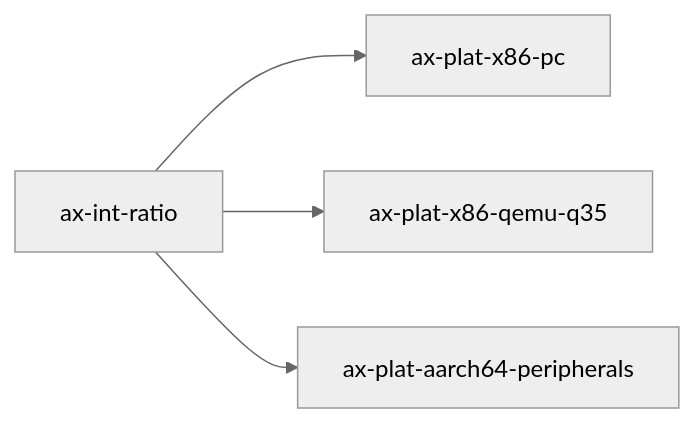
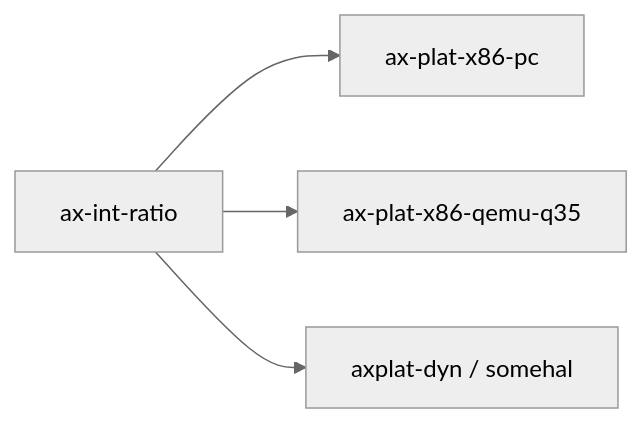
Before and after one commit to rcore-os/tgoskits: the diagram in docs/docs/components/crates/ax-int-ratio.md, drawn with Mermaid (neutral theme). The commit also changed other lines of this file and 151 other files, not shown here.

````diff
--- a/docs/docs/components/crates/ax-int-ratio.md
+++ b/docs/docs/components/crates/ax-int-ratio.md
@@ -64,6 +64,6 @@
 ```mermaid
 graph LR
     ax_int_ratio["ax-int-ratio"] --> x86pc["ax-plat-x86-pc"]
     ax_int_ratio --> x86q35["ax-plat-x86-qemu-q35"]
-    ax_int_ratio --> aarch64["ax-plat-aarch64-peripherals"]
+    ax_int_ratio --> dyn["axplat-dyn / somehal"]
 ```
````
